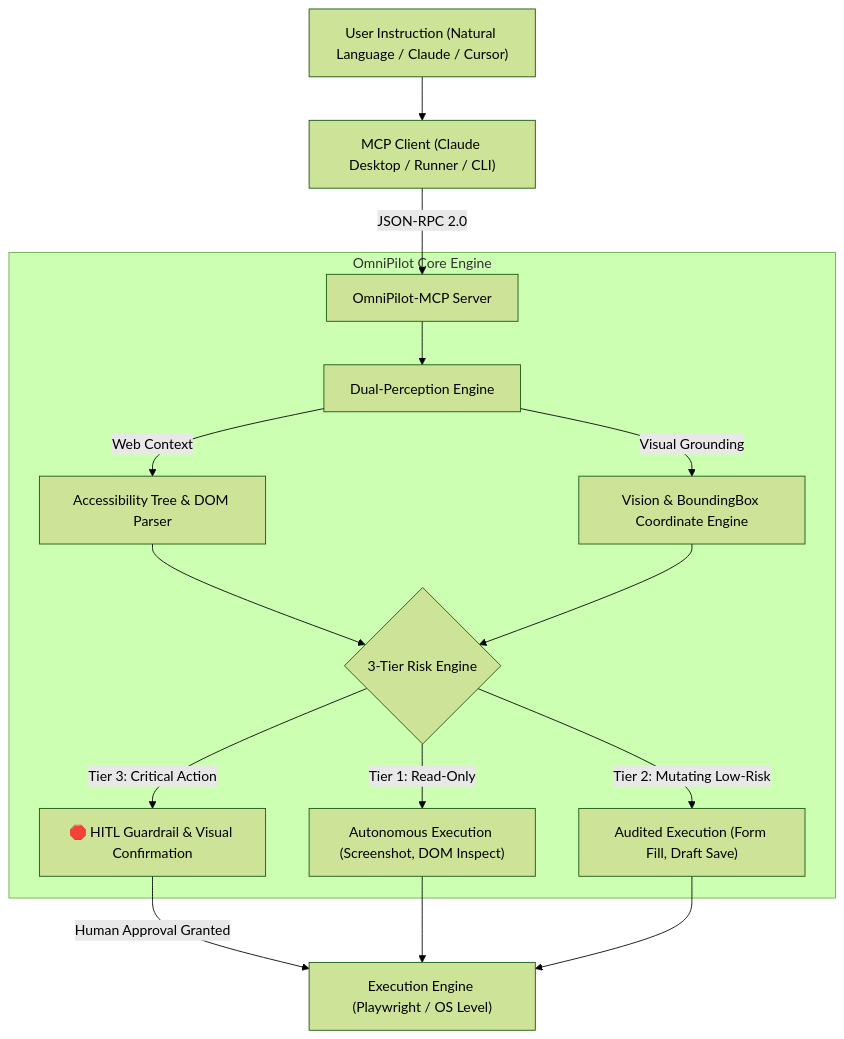
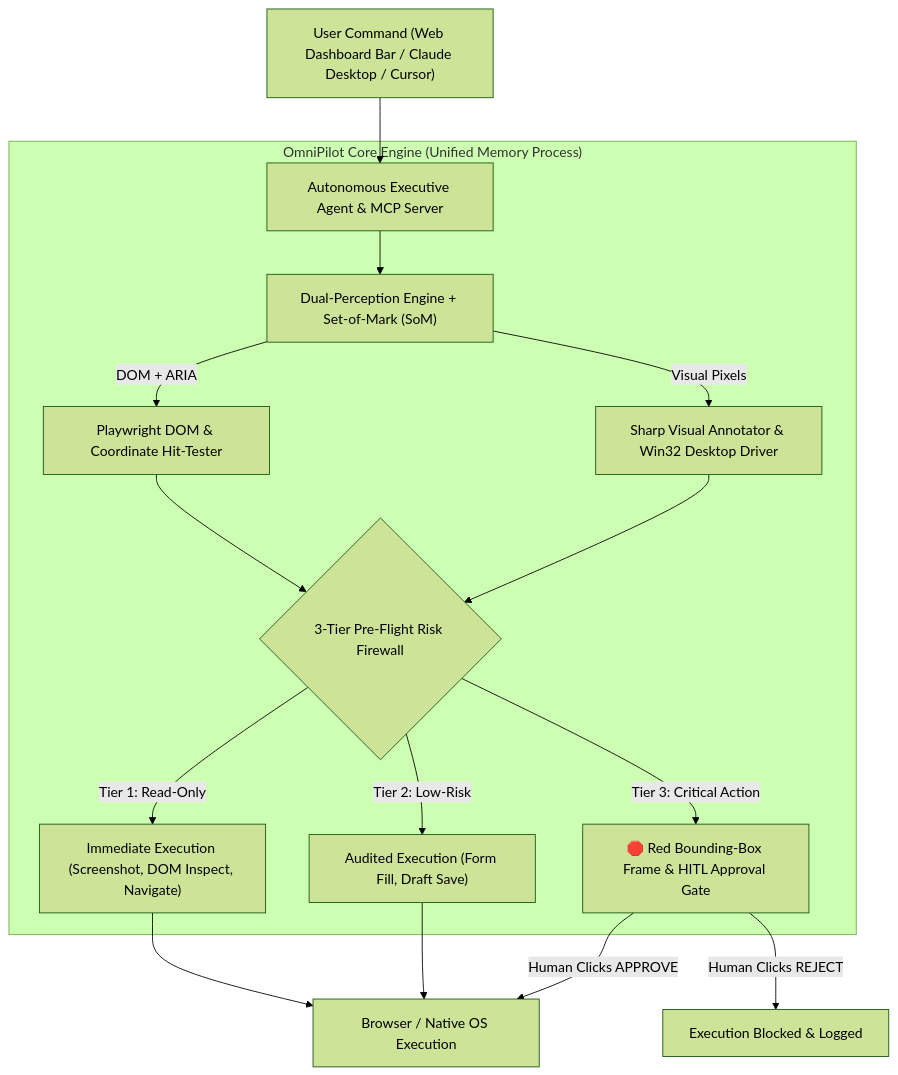
The diagram in README.md (GabriMannino-pt/OmniPilot-MCP), drawn with Mermaid (forest theme) before and after one commit. The commit also changed other lines of this file and 22 other files, not shown here.

Commit message:
feat(agent): add autonomous task runner, bilingual command dashboard, SoM grounding, and red-team security hardening

````diff
--- a/README.md
+++ b/README.md
@@ -27,22 +31,22 @@
 ```mermaid
 flowchart TD
-    User["User Instruction (Natural Language / Claude / Cursor)"] --> MCPClient["MCP Client (Claude Desktop / Runner / CLI)"]
-    MCPClient -->|JSON-RPC 2.0| MCPServer["OmniPilot-MCP Server"]
+    User["User Command (Web Dashboard Bar / Claude Desktop / Cursor)"] --> Agent["Autonomous Executive Agent & MCP Server"]
     
-    subgraph CoreEngine ["OmniPilot Core Engine"]
-        MCPServer --> DualPerception["Dual-Perception Engine"]
-        DualPerception -->|Web Context| PlaywrightDOM["Accessibility Tree & DOM Parser"]
-        DualPerception -->|Visual Grounding| VisionEngine["Vision & BoundingBox Coordinate Engine"]
+    subgraph CoreEngine ["OmniPilot Core Engine (Unified Memory Process)"]
+        Agent --> DualPerception["Dual-Perception Engine + Set-of-Mark (SoM)"]
+        DualPerception -->|DOM + ARIA| PlaywrightDOM["Playwright DOM & Coordinate Hit-Tester"]
+        DualPerception -->|Visual Pixels| VisionEngine["Sharp Visual Annotator & Win32 Desktop Driver"]
         
-        PlaywrightDOM --> RiskEngine{"3-Tier Risk Engine"}
+        PlaywrightDOM --> RiskEngine{"3-Tier Pre-Flight Risk Firewall"}
         VisionEngine --> RiskEngine
         
-        RiskEngine -->|Tier 1: Read-Only| AutoExec["Autonomous Execution (Screenshot, DOM Inspect)"]
-        RiskEngine -->|Tier 2: Mutating Low-Risk| LoggedExec["Audited Execution (Form Fill, Draft Save)"]
-        RiskEngine -->|Tier 3: Critical Action| HITLModal["🛑 HITL Guardrail & Visual Confirmation"]
+        RiskEngine -->|Tier 1: Read-Only| AutoExec["Immediate Execution (Screenshot, DOM Inspect, Navigate)"]
+        RiskEngine -->|Tier 2: Low-Risk| LoggedExec["Audited Execution (Form Fill, Draft Save)"]
+        RiskEngine -->|Tier 3: Critical Action| HITLModal["🛑 Red Bounding-Box Frame & HITL Approval Gate"]
     end
     
-    HITLModal -->|Human Approval Granted| OSExecution["Execution Engine (Playwright / OS Level)"]
+    HITLModal -->|Human Clicks APPROVE| OSExecution["Browser / Native OS Execution"]
+    HITLModal -->|Human Clicks REJECT| Aborted["Execution Blocked & Logged"]
     AutoExec --> OSExecution
     LoggedExec --> OSExecution
 ```
````
